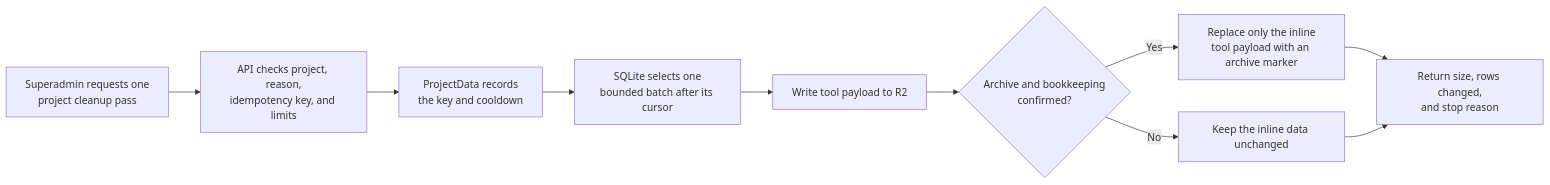
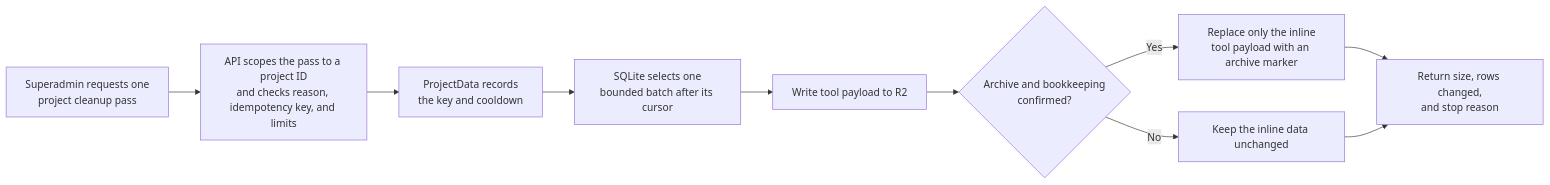
One commit to raphaeltm/simple-agent-manager changed the diagram in apps/www/src/content/blog/sams-journal-cleanup-got-a-safe-switch.md. Above: the diagram before and after it, drawn with Mermaid. The commit also changed other lines of this file and 1 other file, not shown here.

Commit message:
docs(blog): tighten cleanup journal accuracy

````diff
--- a/apps/www/src/content/blog/sams-journal-cleanup-got-a-safe-switch.md
+++ b/apps/www/src/content/blog/sams-journal-cleanup-got-a-safe-switch.md
@@ -46,12 +46,12 @@
 ```mermaid
 flowchart LR
-    O[Superadmin requests one\nproject cleanup pass] --> V[API checks project, reason,\nidempotency key, and limits]
+    O[Superadmin requests one\nproject cleanup pass] --> V[API scopes the pass to a project ID\nand checks reason, idempotency key, and limits]
     V --> G[ProjectData records\nthe key and cooldown]
     G --> C[SQLite selects one\nbounded batch after its cursor]
     C --> R[Write tool payload to R2]
     R --> Q{Archive and bookkeeping\nconfirmed?}
     Q -->|Yes| S[Replace only the inline\ntool payload with an archive marker]
     Q -->|No| K[Keep the inline data unchanged]
     S --> M[Return size, rows changed,\nand stop reason]
     K --> M
 ```
````
